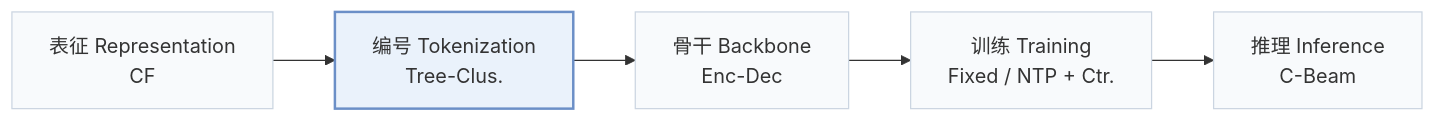
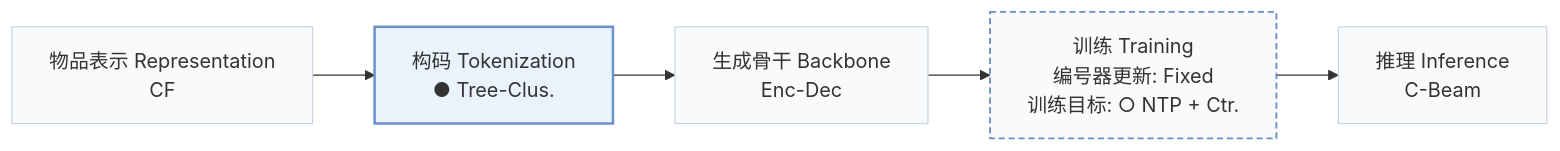
The first of 2 diagrams in pages/zh/papers/seater.md (Galaxy-ghost/Awesome-SID-Generative-Rec), drawn with Mermaid before and after one commit. The commit also changed other lines of this file and 558 other files, not shown here.

````diff
--- a/pages/zh/papers/seater.md
+++ b/pages/zh/papers/seater.md
@@ -15,8 +18,10 @@
 ```mermaid
 flowchart LR
-    R["表征 Representation<br/>CF"] --> T["编号 Tokenization<br/>Tree-Clus."] --> B["骨干 Backbone<br/>Enc-Dec"] --> TR["训练 Training<br/>Fixed / NTP + Ctr."] --> I["推理 Inference<br/>C-Beam"]
+    R["物品表示 Representation<br/>CF"] --> T["构码 Tokenization<br/>● Tree-Clus."] --> B["生成骨干 Backbone<br/>Enc-Dec"] --> TR["训练 Training<br/>编号器更新: Fixed<br/>训练目标: ○ NTP + Ctr."] --> I["推理 Inference<br/>C-Beam"]
     classDef base fill:#f8fafc,stroke:#cbd5e1
     class R,T,B,TR,I base
+    classDef other fill:#f8fafc,stroke:#6b8fc7,stroke-width:1.5px,stroke-dasharray:5 3
+    class TR other
     classDef main fill:#eaf2fb,stroke:#6b8fc7,stroke-width:2px
     class T main
 ```
````
